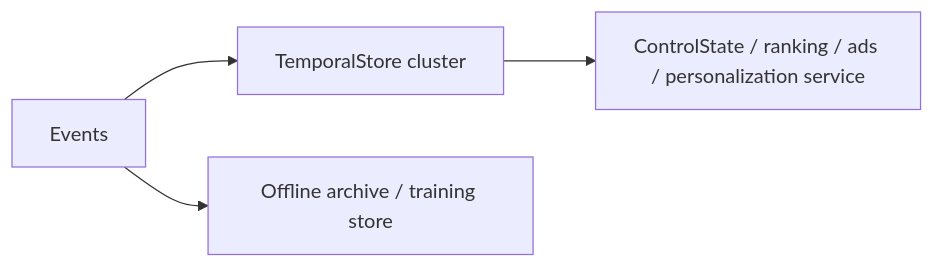
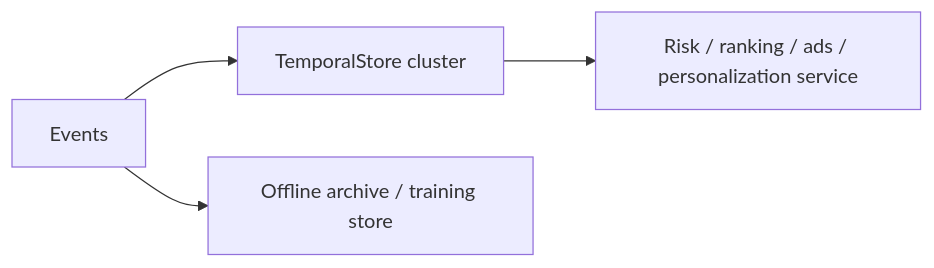
The second of 4 diagrams in docs/TEMPORALSTORE_ONE_CLUSTER_TEMPORAL_FEATURES.md (matrixarkai/TemporalStore), drawn with Mermaid before and after one commit. The commit also changed other lines of this file and 791 other files, not shown here.

````diff
--- a/docs/TEMPORALSTORE_ONE_CLUSTER_TEMPORAL_FEATURES.md
+++ b/docs/TEMPORALSTORE_ONE_CLUSTER_TEMPORAL_FEATURES.md
@@ -47,11 +47,11 @@
 ```mermaid
 flowchart LR
     Events["Events"]
     TS["TemporalStore cluster"]
-    Service["ControlState / ranking / ads / personalization service"]
+    Service["Risk / ranking / ads / personalization service"]
     Offline["Offline archive / training store"]
 
     Events --> TS
     TS --> Service
     Events --> Offline
 ```
````
